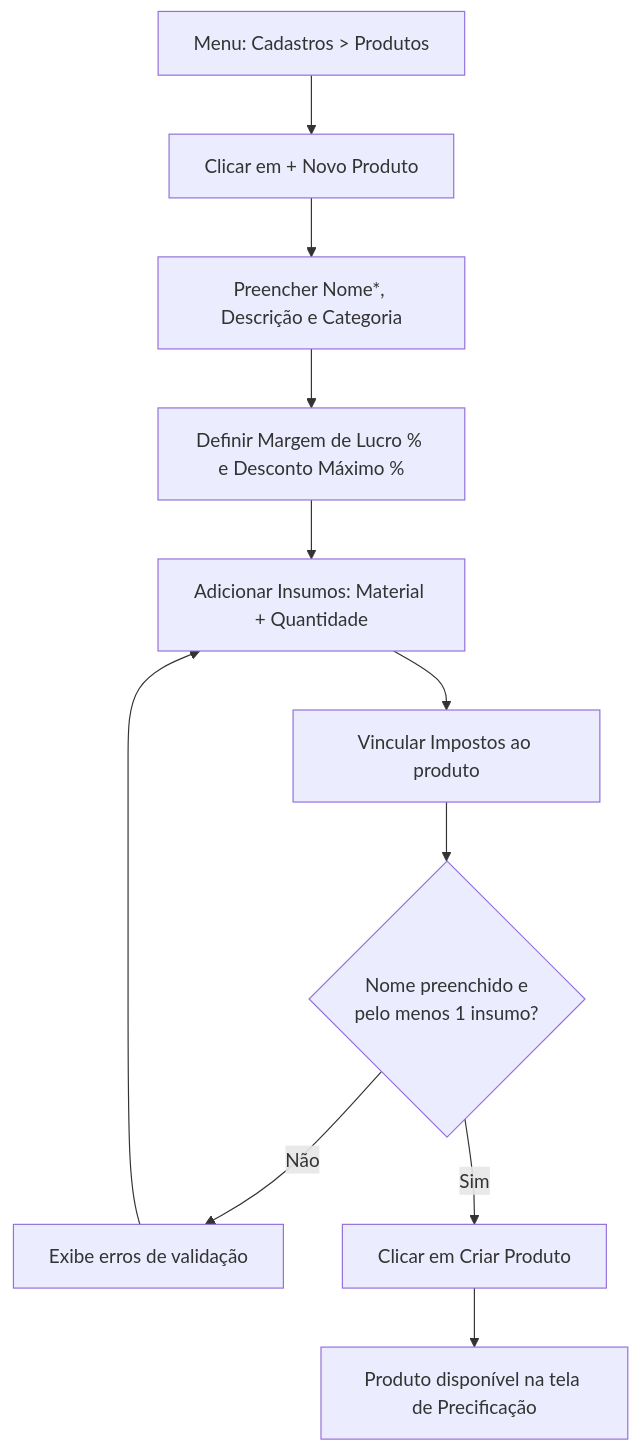
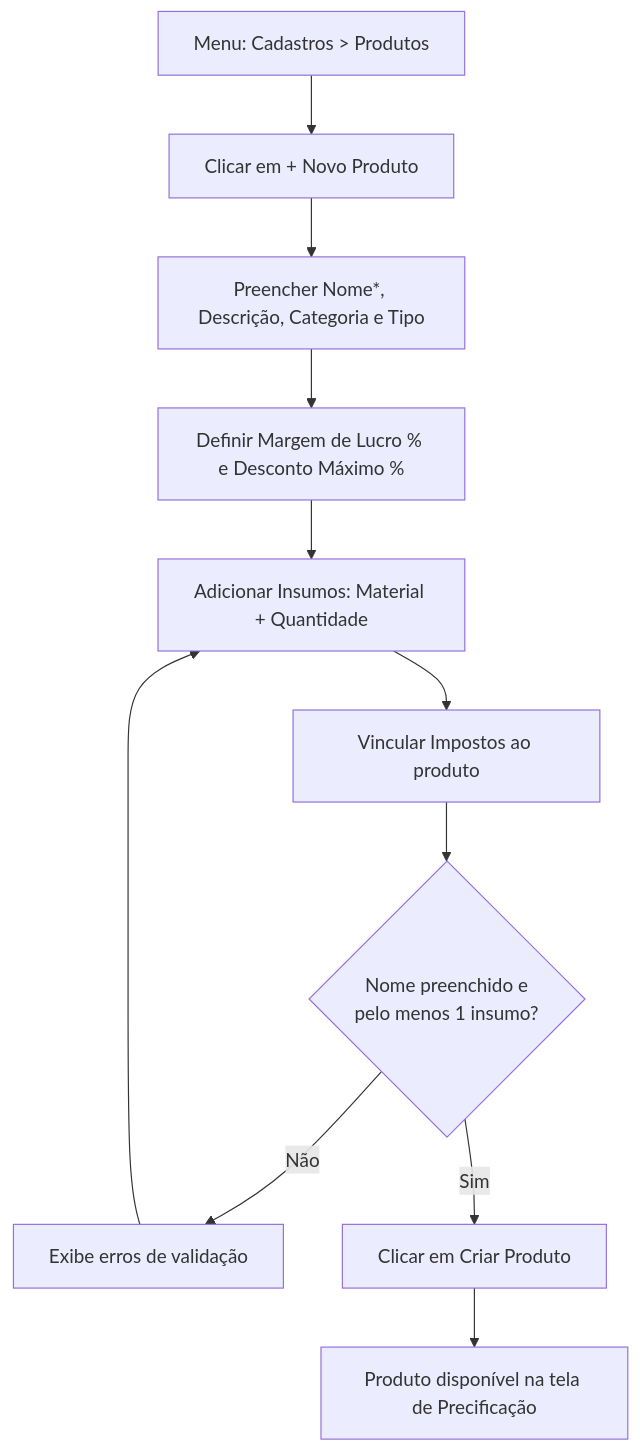
Before and after one commit to edvaldosm/markup-front: the diagram in docs/manual/08-produtos-ficha-tecnica.md, drawn with Mermaid. The commit also changed other lines of this file and 15 other files, not shown here.

````diff
--- a/docs/manual/08-produtos-ficha-tecnica.md
+++ b/docs/manual/08-produtos-ficha-tecnica.md
@@ -42,13 +42,13 @@
 ```mermaid
 flowchart TD
     A["Menu: Cadastros > Produtos"] --> B["Clicar em + Novo Produto"]
-    B --> C["Preencher Nome*, Descrição e Categoria"]
+    B --> C["Preencher Nome*, Descrição, Categoria e Tipo"]
     C --> D["Definir Margem de Lucro % e Desconto Máximo %"]
     D --> E["Adicionar Insumos: Material + Quantidade"]
     E --> F["Vincular Impostos ao produto"]
     F --> G{Nome preenchido e\npelo menos 1 insumo?}
     G -- Não --> H["Exibe erros de validação"]
     H --> E
     G -- Sim --> I["Clicar em Criar Produto"]
     I --> J["Produto disponível na tela de Precificação"]
 ```
````
